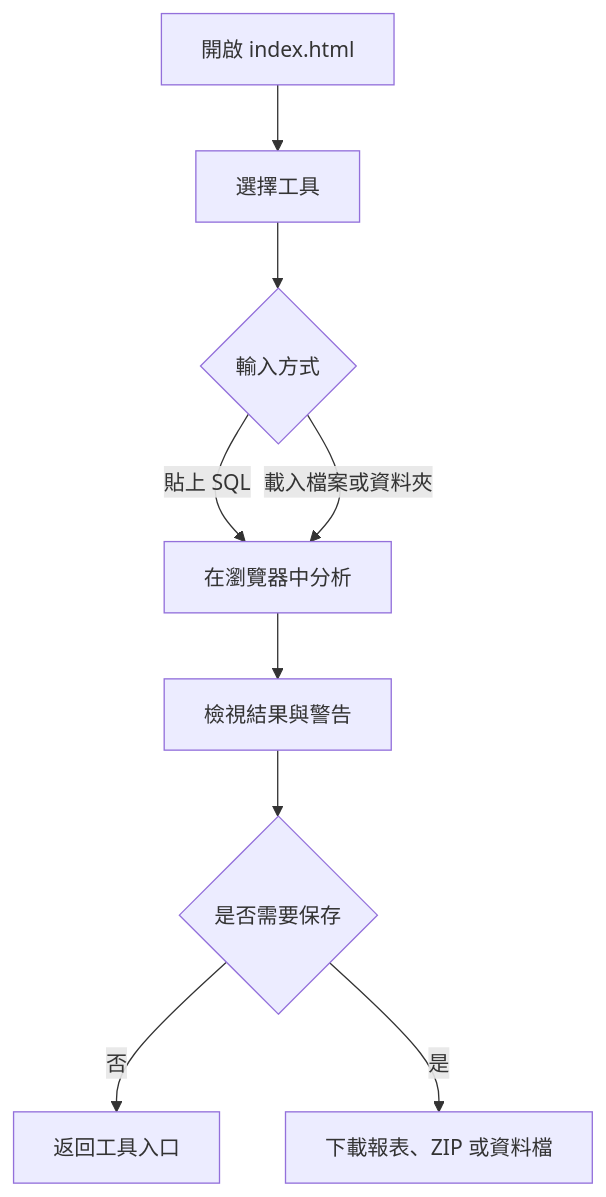
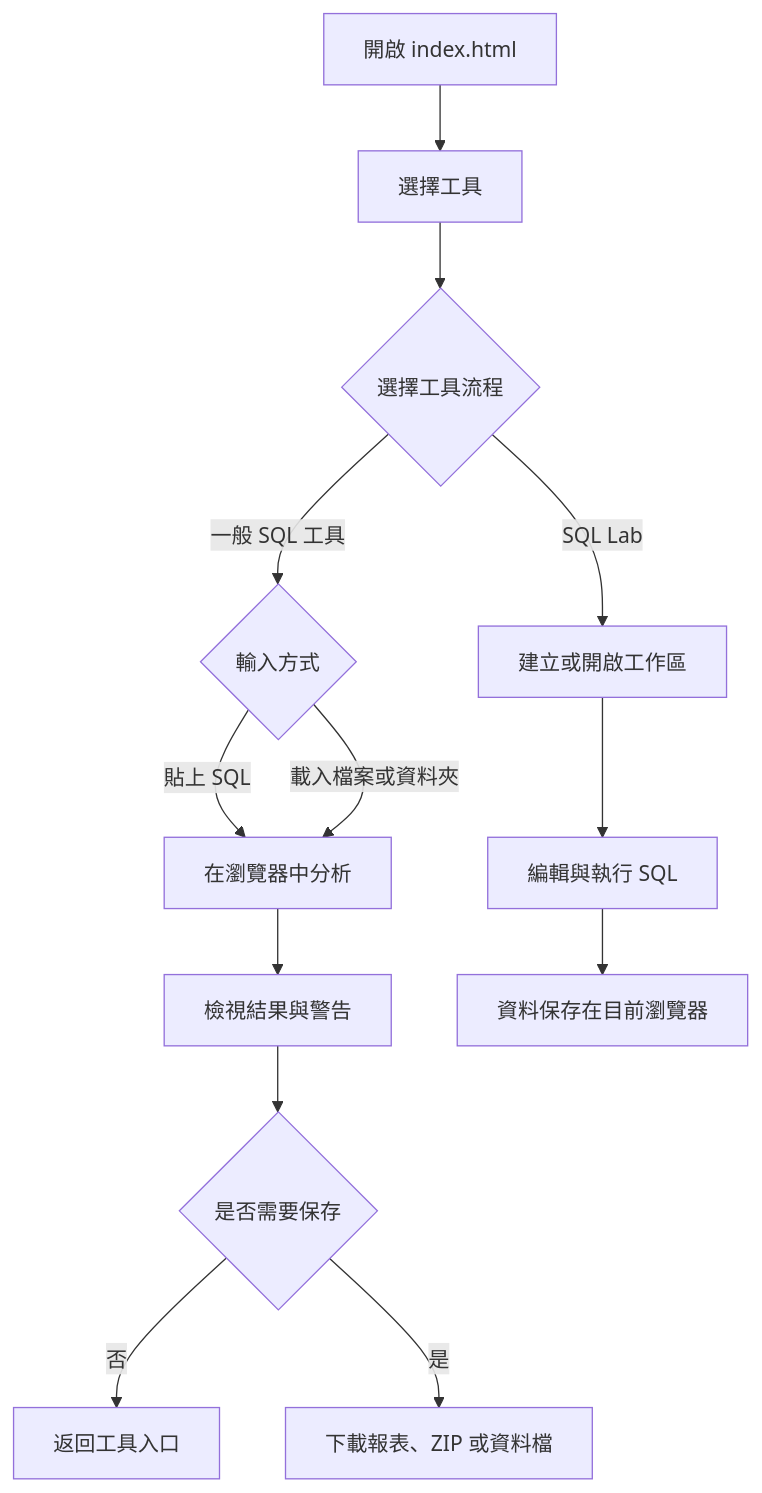
Before and after one commit to DunkLiao/sql-spa-tools: the first of 5 diagrams in README.md, drawn with Mermaid. The commit also changed other lines of this file and 6 other files, not shown here.

Commit message:
Add SQL Lab and document its workflows

````diff
--- a/README.md
+++ b/README.md
@@ -33,11 +34,15 @@
 ```mermaid
 flowchart TD
   A[開啟 index.html] --> B[選擇工具]
-  B --> C{輸入方式}
-  C -->|貼上 SQL| D[在瀏覽器中分析]
-  C -->|載入檔案或資料夾| D
-  D --> E[檢視結果與警告]
-  E --> F{是否需要保存}
-  F -->|否| G[返回工具入口]
-  F -->|是| H[下載報表、ZIP 或資料檔]
+  B --> C{選擇工具流程}
+  C -->|一般 SQL 工具| D{輸入方式}
+  C -->|SQL Lab| E[建立或開啟工作區]
+  D -->|貼上 SQL| F[在瀏覽器中分析]
+  D -->|載入檔案或資料夾| F
+  F --> G[檢視結果與警告]
+  G --> H{是否需要保存}
+  H -->|否| I[返回工具入口]
+  H -->|是| J[下載報表、ZIP 或資料檔]
+  E --> K[編輯與執行 SQL]
+  K --> L[資料保存在目前瀏覽器]
 ```
````
